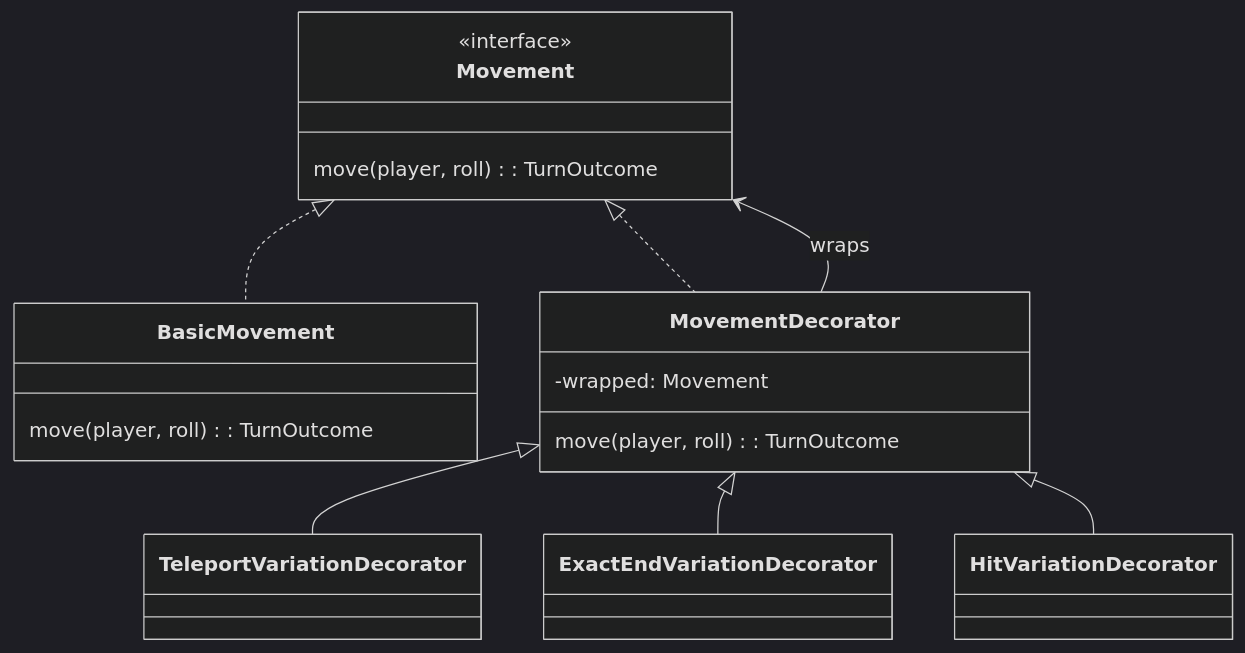
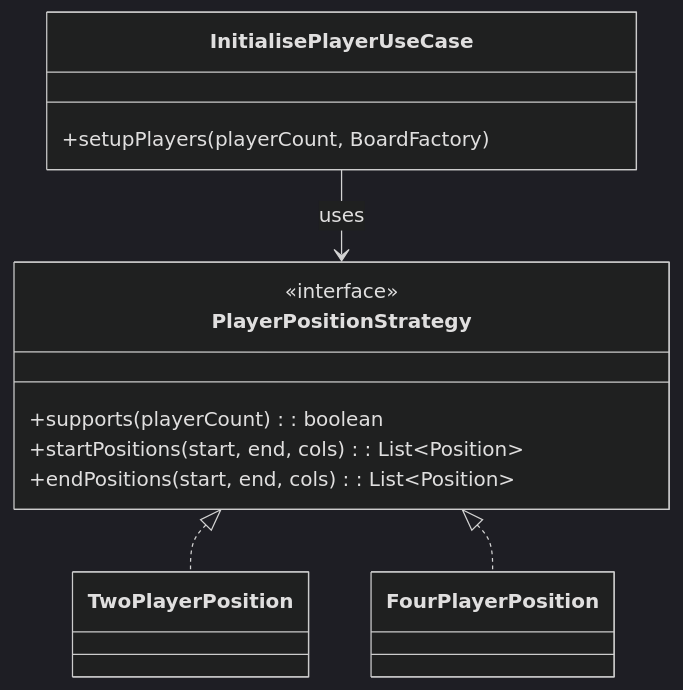
Before and after one commit to SirRmelTheThird/HyperJump: diagram 16 of 30 in README.md, drawn with Mermaid (dark theme). The commit also changed other lines of this file, not shown here.

````diff
--- a/README.md
+++ b/README.md
@@ -658,33 +751,22 @@
 ```mermaid
 classDiagram
-    direction TB
+    PlayerPositionStrategy <|.. TwoPlayerPosition
+    PlayerPositionStrategy <|.. FourPlayerPosition
 
-    Movement <|.. BasicMovement
-    Movement <|.. MovementDecorator
+    InitialisePlayerUseCase --> PlayerPositionStrategy : uses
 
-    MovementDecorator --> Movement : wraps
-
-    MovementDecorator <|-- TeleportVariationDecorator
-    MovementDecorator <|-- ExactEndVariationDecorator
-    MovementDecorator <|-- HitVariationDecorator
-
-    class Movement {
-        <<interface>>
-        move(player, roll): TurnOutcome
+    class InitialisePlayerUseCase {
+        +setupPlayers(playerCount, BoardFactory)
     }
 
-    class BasicMovement {
-        move(player, roll): TurnOutcome
+    class PlayerPositionStrategy {
+        <<interface>>
+        +supports(playerCount): boolean
+        +startPositions(start, end, cols): List~Position~
+        +endPositions(start, end, cols): List~Position~
     }
 
-    class MovementDecorator {
-        -wrapped: Movement
-        move(player, roll): TurnOutcome
-    }
+    class TwoPlayerPosition
 
-    class TeleportVariationDecorator
-
-    class ExactEndVariationDecorator
-
-    class HitVariationDecorator
+    class FourPlayerPosition
 ```
````
